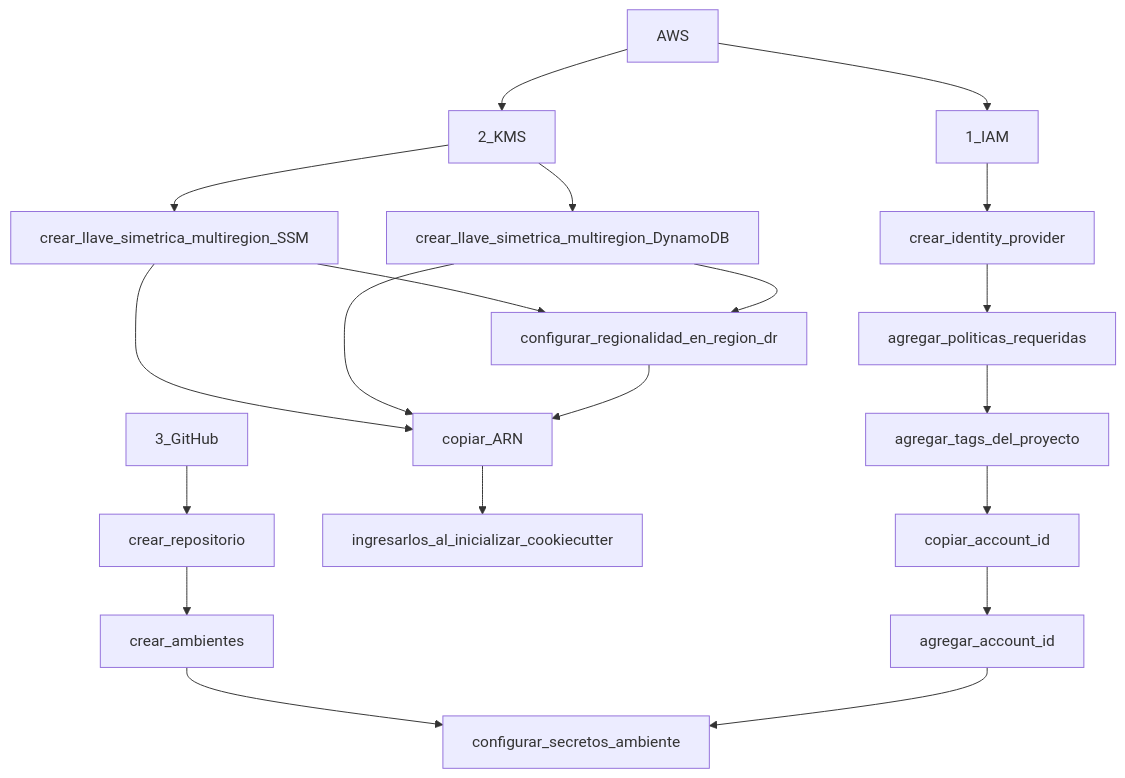
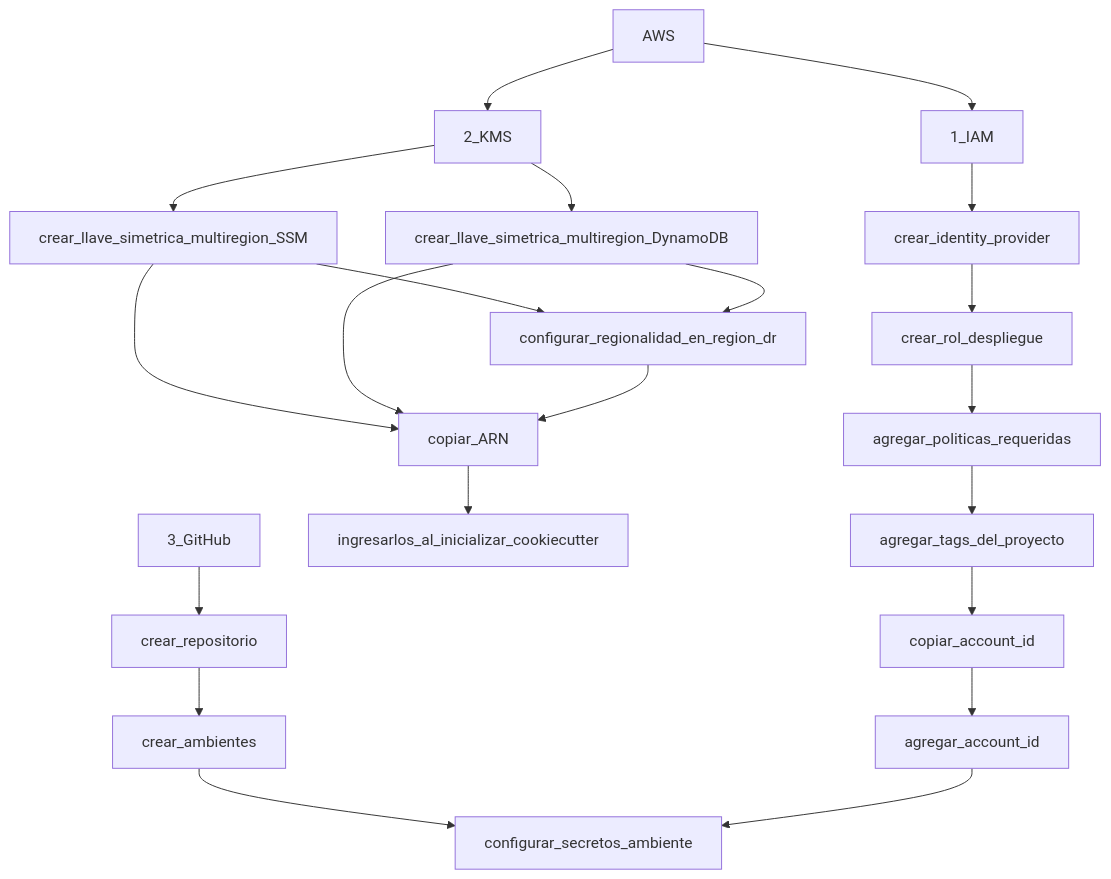
One commit to spsmexico/aws_sam_github_quickstart_template changed the diagram in README.md. Above: the diagram before and after it, drawn with Mermaid.

Commit message:
docs: se agrega creación de rol de despliegue a diagrama

````diff
--- a/README.md
+++ b/README.md
@@ -267,27 +267,28 @@
 ```mermaid
   graph TD;
 
 
       AWS-->1_IAM;
       1_IAM-->crear_identity_provider;
-      crear_identity_provider-->agregar_politicas_requeridas;
+      crear_identity_provider-->crear_rol_despliegue;
+      crear_rol_despliegue-->agregar_politicas_requeridas;
       agregar_politicas_requeridas-->agregar_tags_del_proyecto;
       agregar_tags_del_proyecto-->copiar_account_id;
       copiar_account_id-->agregar_account_id;
 
       AWS-->2_KMS;
       2_KMS-->crear_llave_simetrica_multiregion_SSM;
       crear_llave_simetrica_multiregion_SSM-->copiar_ARN;
       2_KMS-->crear_llave_simetrica_multiregion_DynamoDB;
       crear_llave_simetrica_multiregion_DynamoDB-->copiar_ARN;
       crear_llave_simetrica_multiregion_SSM-->configurar_regionalidad_en_region_dr;
       crear_llave_simetrica_multiregion_DynamoDB-->configurar_regionalidad_en_region_dr;
       configurar_regionalidad_en_region_dr-->copiar_ARN;
       copiar_ARN-->ingresarlos_al_inicializar_cookiecutter;    
 
       3_GitHub-->crear_repositorio;
       crear_repositorio-->crear_ambientes;
       crear_ambientes-->configurar_secretos_ambiente;
       agregar_account_id-->configurar_secretos_ambiente;
                 
 ```
````
